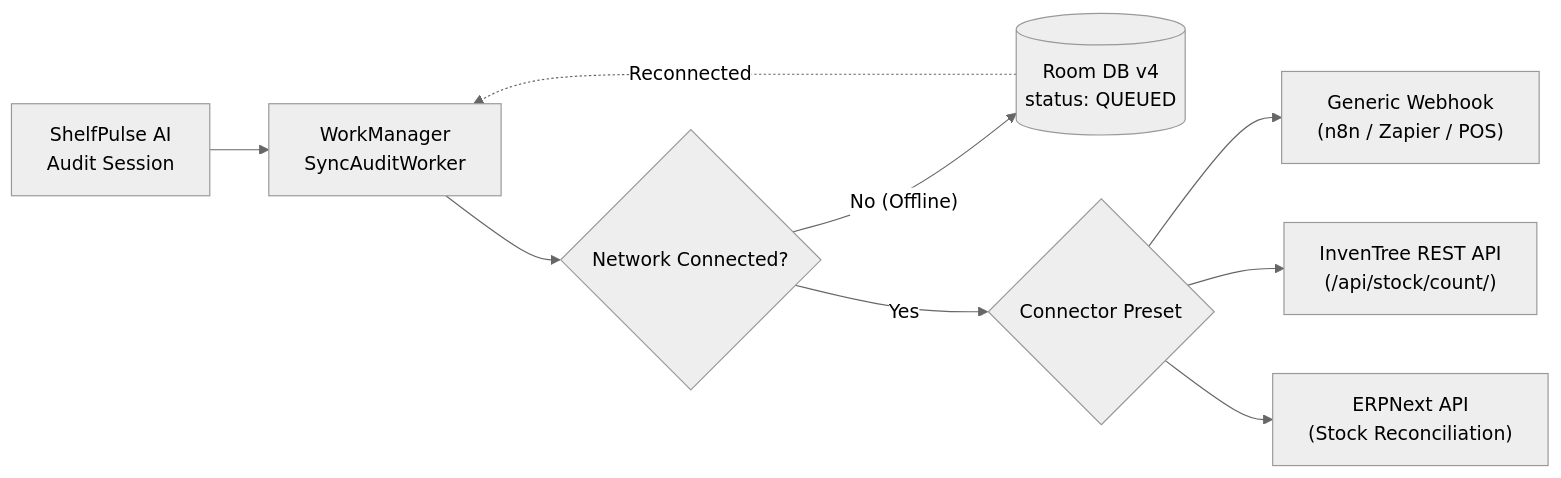
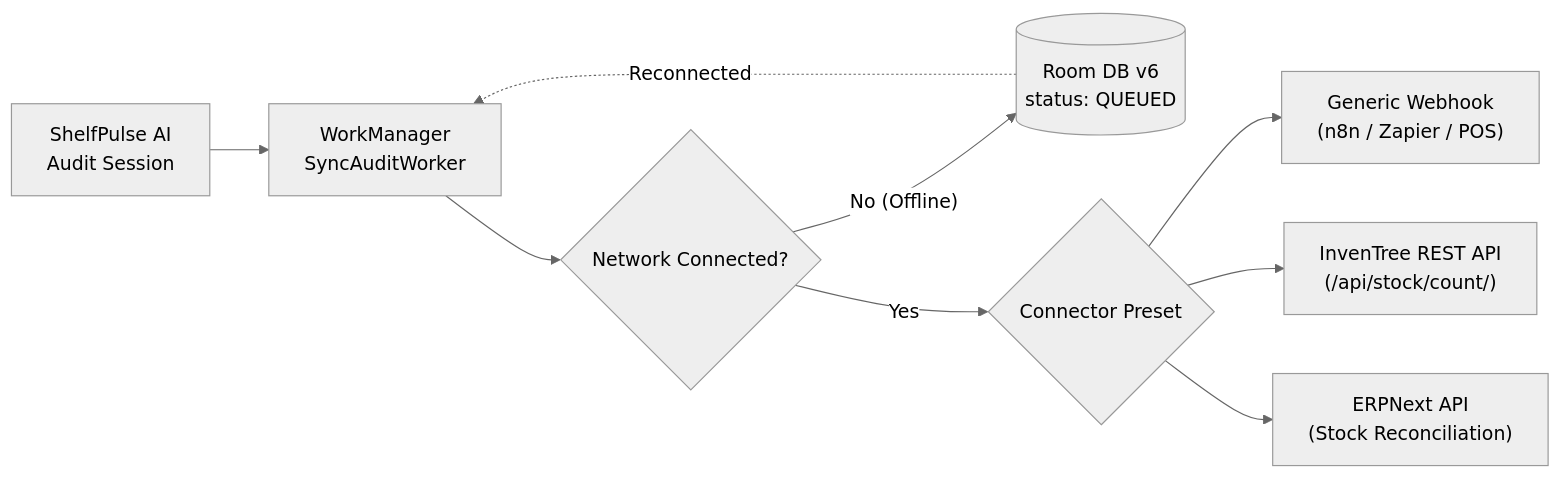
The first of 2 diagrams in README.md (tahadeab-ai/shelf-pulse-ai), drawn with Mermaid (neutral theme) before and after one commit. The commit also changed other lines of this file and 13 other files, not shown here.

````diff
--- a/README.md
+++ b/README.md
@@ -74,11 +101,11 @@
 ```mermaid
 flowchart LR
     App["ShelfPulse AI<br/>Audit Session"] --> WorkMgr["WorkManager<br/>SyncAuditWorker"]
     WorkMgr --> NetCheck{"Network Connected?"}
-    NetCheck -- "No (Offline)" --> Queue[("Room DB v4<br/>status: QUEUED")]
+    NetCheck -- "No (Offline)" --> Queue[("Room DB v6<br/>status: QUEUED")]
     Queue -. "Reconnected" .-> WorkMgr
     NetCheck -- "Yes" --> Dispatcher{"Connector Preset"}
     Dispatcher --> Webhook["Generic Webhook<br/>(n8n / Zapier / POS)"]
     Dispatcher --> InvenTree["InvenTree REST API<br/>(/api/stock/count/)"]
     Dispatcher --> ERPNext["ERPNext API<br/>(Stock Reconciliation)"]
 ```
````
